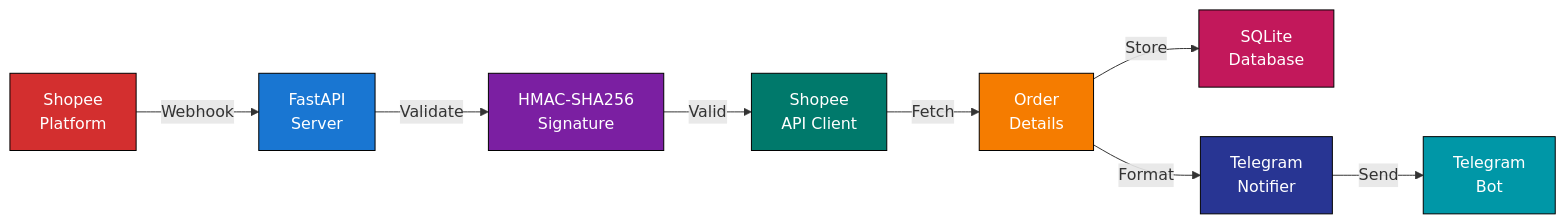
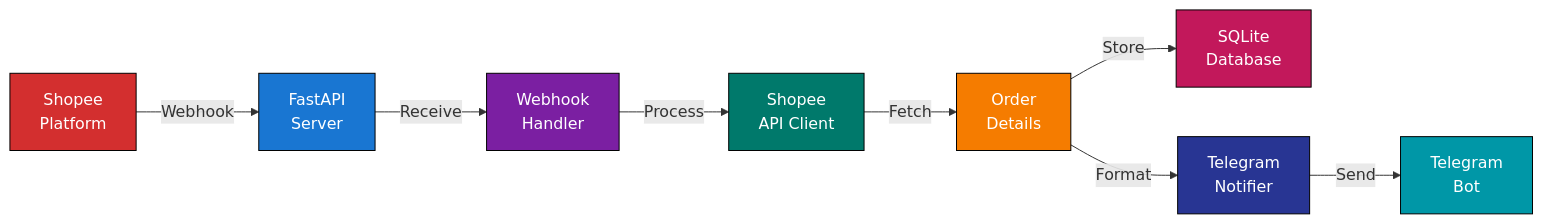
The first of 3 diagrams in README.md (xKeNcHii/shopee-webhook-receiver), drawn with Mermaid before and after one commit. The commit also changed other lines of this file, not shown here.

First line of the commit message:
Add signature validation disclaimer and update event code documentation

````diff
--- a/README.md
+++ b/README.md
@@ -22,19 +35,19 @@
 ```mermaid
 graph LR
     A["Shopee<br/>Platform"] -->|Webhook| B["FastAPI<br/>Server"]
-    B -->|Validate| C["HMAC-SHA256<br/>Signature"]
-    C -->|Valid| D["Shopee<br/>API Client"]
+    B -->|Receive| C["Webhook<br/>Handler"]
+    C -->|Process| D["Shopee<br/>API Client"]
     D -->|Fetch| E["Order<br/>Details"]
     E -->|Store| F["SQLite<br/>Database"]
     E -->|Format| G["Telegram<br/>Notifier"]
     G -->|Send| H["Telegram<br/>Bot"]
 
     style A fill:#d32f2f,stroke:#000,color:#fff
     style B fill:#1976d2,stroke:#000,color:#fff
     style C fill:#7b1fa2,stroke:#000,color:#fff
     style D fill:#00796b,stroke:#000,color:#fff
     style E fill:#f57c00,stroke:#000,color:#fff
     style F fill:#c2185b,stroke:#000,color:#fff
     style G fill:#283593,stroke:#000,color:#fff
     style H fill:#0097a7,stroke:#000,color:#fff
 ```
````
